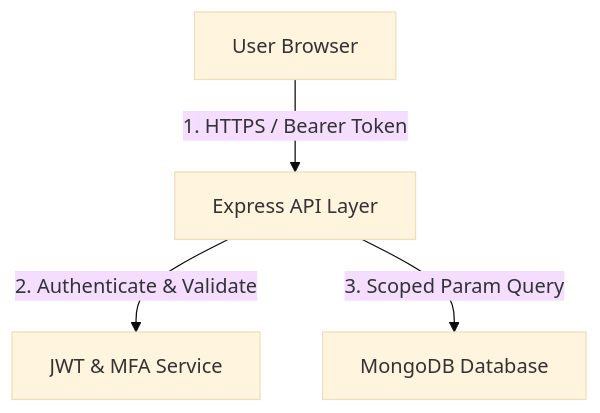
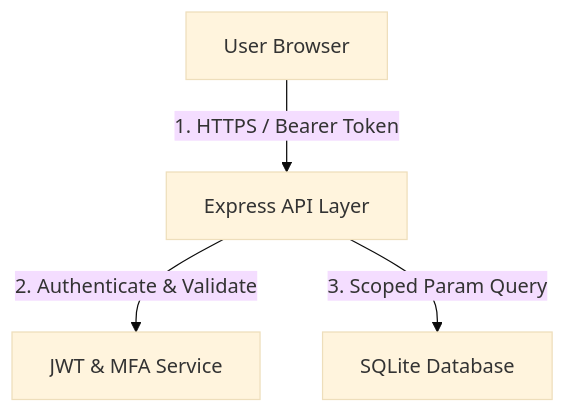
Before and after one commit to maheswari-pinneti/WFA-SQLITE-Frontend-project: the diagram in docs/security/threat_model.md, drawn with Mermaid (base theme). The commit also changed other lines of this file and 5 other files, not shown here.

Commit message:
docs: Fix mermaid diagram formatting and convert legacy MongoDB references to SQLite in architecture and security logs

````diff
--- a/docs/security/threat_model.md
+++ b/docs/security/threat_model.md
@@ -9,11 +9,11 @@
 ```mermaid
 graph TD
-  User[User Browser]
-  API[Express API Layer]
-  Auth[JWT & MFA Service]
-  DB[MongoDB Database]
+    User["User Browser"]
+    API["Express API Layer"]
+    Auth["JWT & MFA Service"]
+    DB["SQLite Database"]
 
-  User -- 1. HTTPS / Bearer Token --> API
-  API -- 2. Authenticate & Validate --> Auth
-  API -- 3. Scoped Param Query --> DB
+    User -- "1. HTTPS / Bearer Token" --> API
+    API -- "2. Authenticate & Validate" --> Auth
+    API -- "3. Scoped Param Query" --> DB
 ```
````
